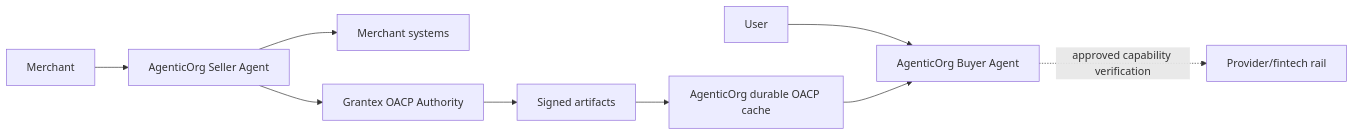
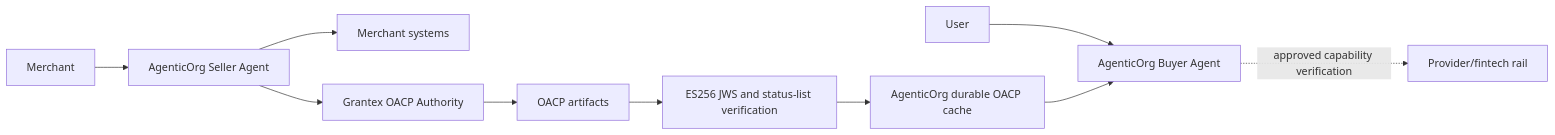
The first of 2 diagrams in docs/commerce-agent-overview.md (mishrasanjeev/agentic-org), drawn with Mermaid before and after one commit. The commit also changed 23 other files, not shown here.

First line of the commit message:
feat(oacp): verify Grantex OACP artifacts before caching (G5, G6, G8)

````diff
--- a/docs/commerce-agent-overview.md
+++ b/docs/commerce-agent-overview.md
@@ -56,11 +56,12 @@
 ```mermaid
 flowchart LR
   user[User] --> buyer[AgenticOrg Buyer Agent]
   merchant[Merchant] --> seller[AgenticOrg Seller Agent]
   seller --> systems[Merchant systems]
   seller --> grantex[Grantex OACP Authority]
-  grantex --> artifacts[Signed artifacts]
-  artifacts --> cache[AgenticOrg durable OACP cache]
+  grantex --> artifacts[OACP artifacts]
+  artifacts --> verify[ES256 JWS and status-list verification]
+  verify --> cache[AgenticOrg durable OACP cache]
   cache --> buyer
   buyer -. approved capability verification .-> provider[Provider/fintech rail]
 ```
````
